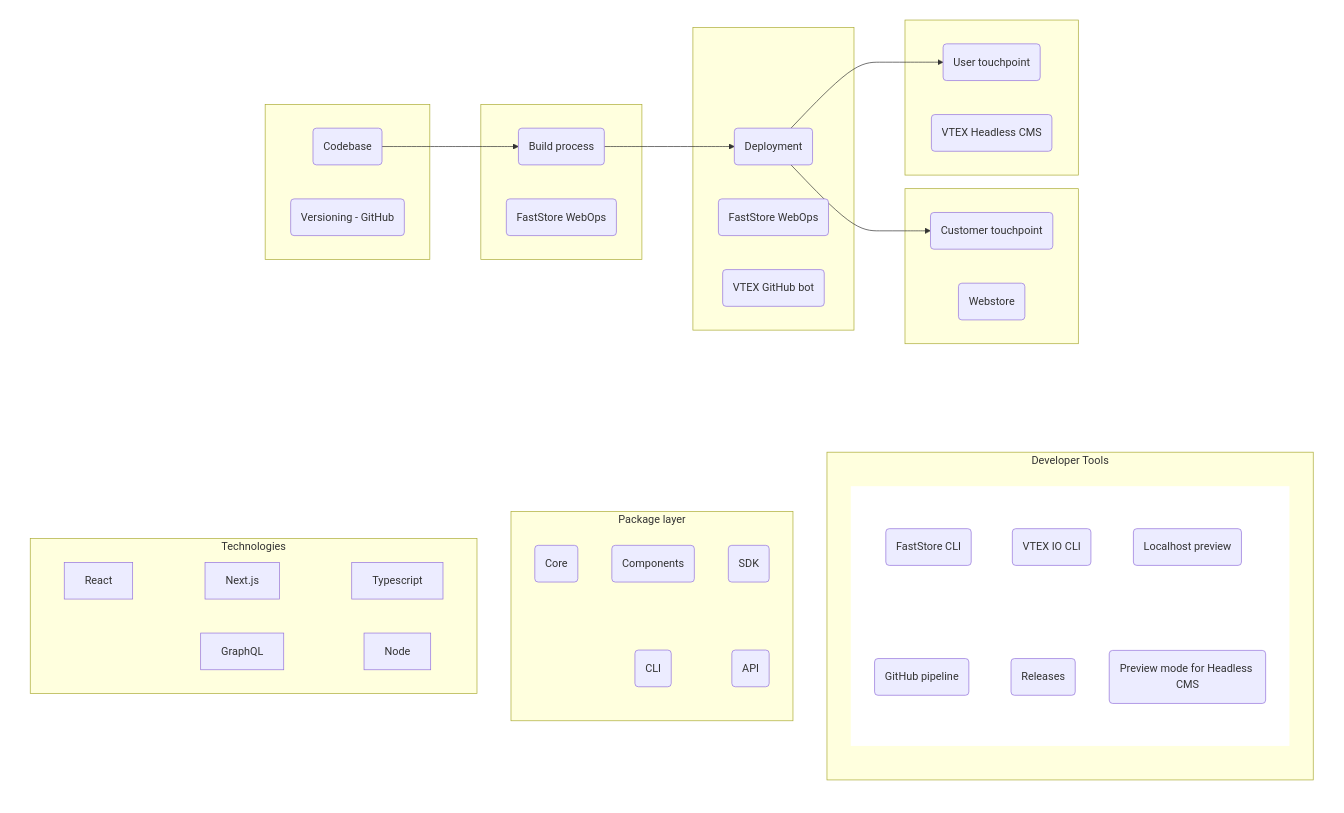
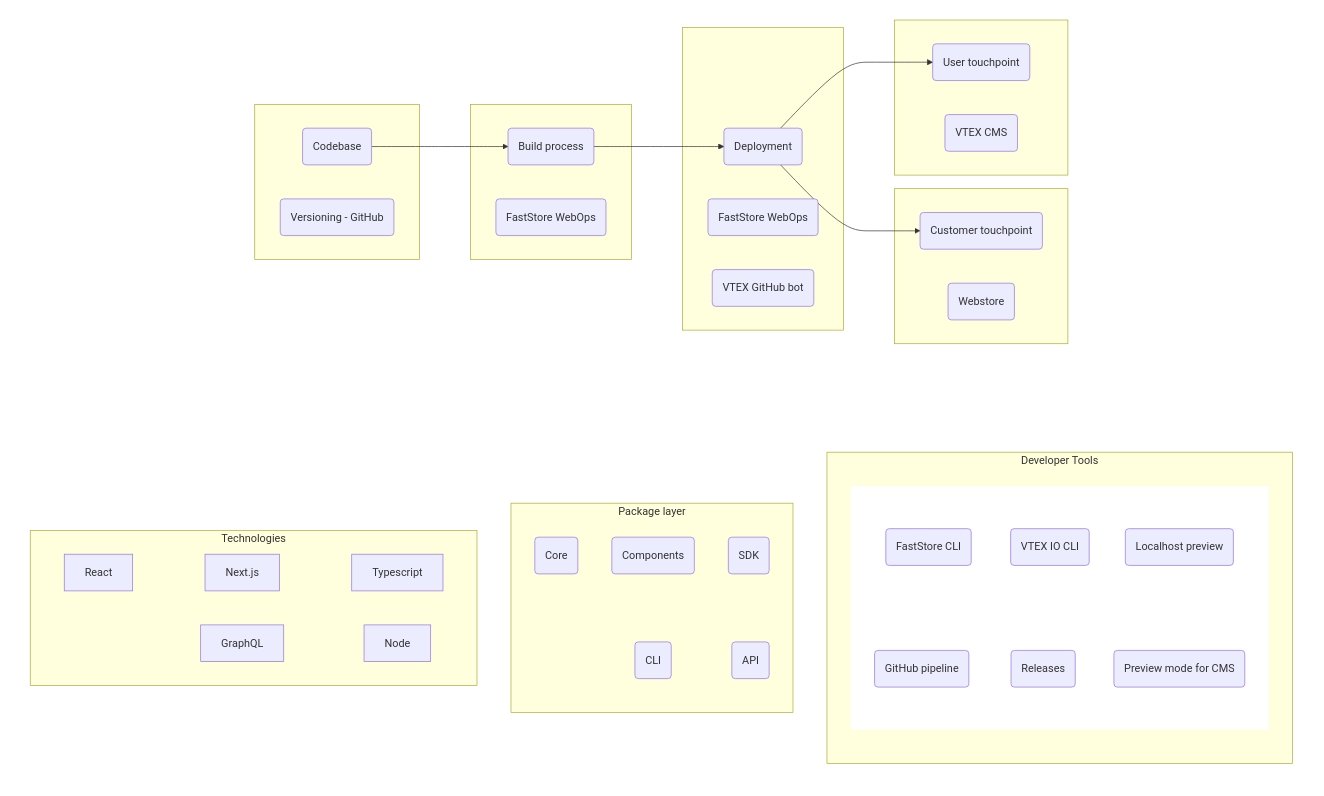
One commit to vtexdocs/dev-portal-content changed the diagram in docs/guides/faststore/faststore.md. Above: the diagram before and after it, drawn with Mermaid. The commit also changed other lines of this file and 19 other files, not shown here.

Commit message:
update: clarify references to Headless CMS (legacy)

````diff
--- a/docs/guides/faststore/faststore.md
+++ b/docs/guides/faststore/faststore.md
@@ -23,73 +23,73 @@
   ```mermaid
   flowchart LR
 
   style InvisibleSubgraph fill:#FFFFFF,stroke-width:0px;
   style InvisibleSubgraph2 fill:#FFFFFF,stroke-width:0px;
   style InvisibleSubgraph3 fill:#FFFFFF,stroke-width:0px;
 
   subgraph InvisibleSubgraph[" "]
   subgraph Developer_Tools[Developer Tools]
   direction TB
   subgraph InvisibleSubgraph3 [" "]
   direction TB
   M(GitHub pipeline)
   N(Releases)
-  O(Preview mode for Headless CMS)
+  O(Preview mode for CMS)
   P(FastStore CLI)
   Q(Localhost preview)
   R(VTEX IO CLI)
   P ~~~ M
   R ~~~ N
   Q ~~~ O
   P ~~~ N
   end
   end
 
   subgraph Package layer
   direction TB
   S(Core)
   T(Components)
   U(SDK)
   V(API)
   X(CLI)
   S ~~~ X
   T ~~~ X
   U ~~~ X
   end
 
 
   subgraph Technologies[Technologies]
   React ~~~ Next.js ~~~ Typescript
   GraphQL ~~~ Node
   end
   end
 
   subgraph InvisibleSubgraph2[" "]
   direction LR
   subgraph " "
   A(Codebase)
   F(Versioning - GitHub)
   end
 
   subgraph " "
   A --> B(Build process)
   H(FastStore WebOps)
   end
 
   subgraph " "
   B --> C(Deployment)
   I(FastStore WebOps)
   J(VTEX GitHub bot)
   end
 
   subgraph " "
   C --> D(Customer touchpoint)
   K(Webstore)
   end
 
   subgraph " "
   C --> E(User touchpoint)
-  L(VTEX Headless CMS)
+  L(VTEX CMS)
   end
   end
   ```
````
